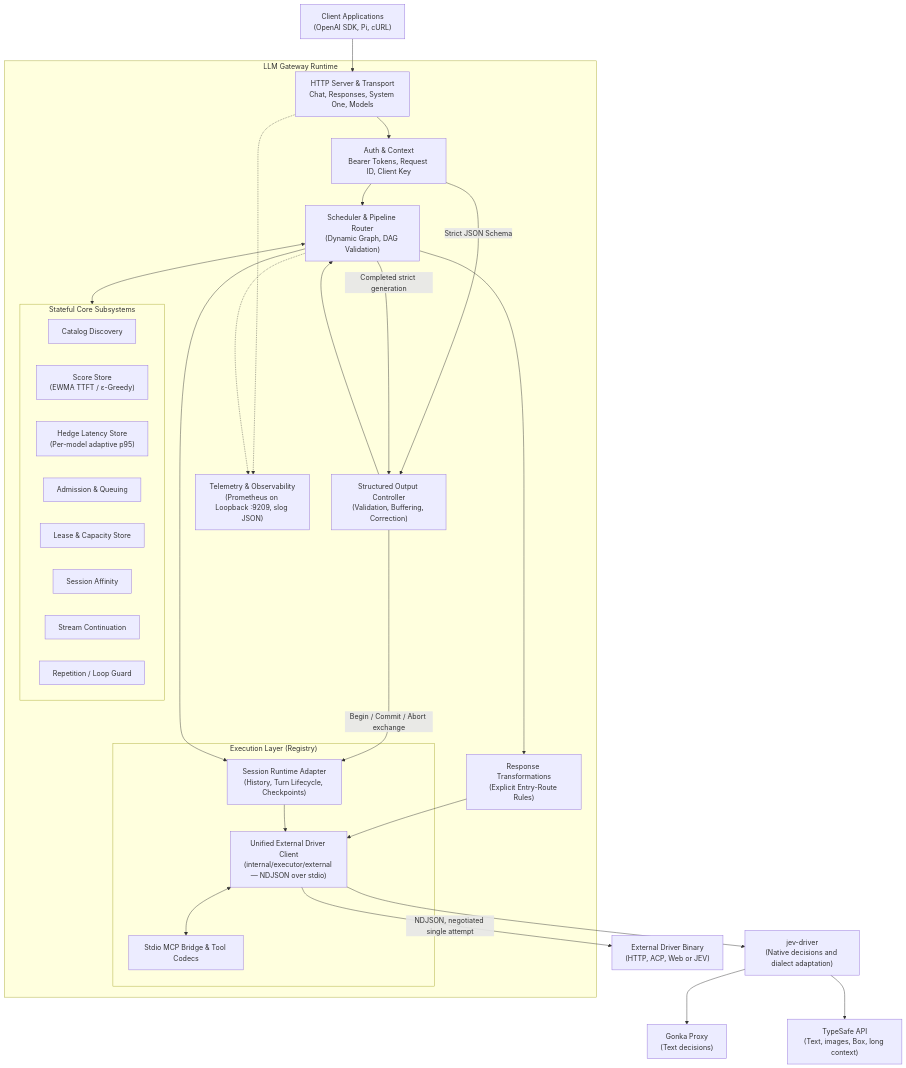
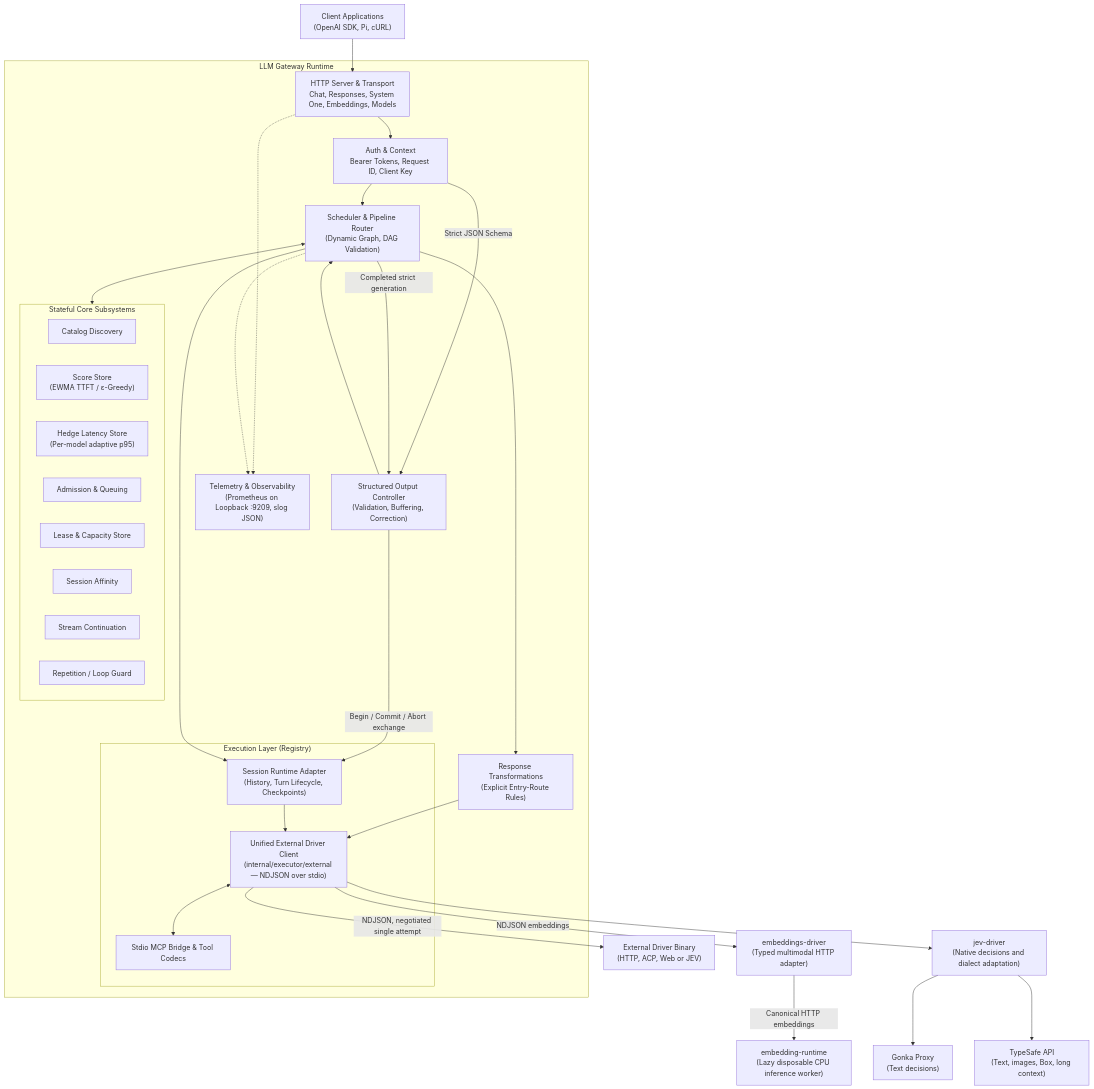
Before and after one commit to mytecor/llm-gateway: the first of 4 diagrams in ARCHITECTURE.md, drawn with Mermaid. The commit also changed other lines of this file and 23 other files, not shown here.

Commit message:
Add multimodal embeddings APIs and isolated runtime driver

````diff
--- a/ARCHITECTURE.md
+++ b/ARCHITECTURE.md
@@ -11,59 +11,63 @@
 ```mermaid
 flowchart TD
     Client["Client Applications<br/>(OpenAI SDK, Pi, cURL)"]
     
     subgraph Gateway["LLM Gateway Runtime"]
-        Server["HTTP Server & Transport<br/>Chat, Responses, System One, Models"]
+        Server["HTTP Server & Transport<br/>Chat, Responses, System One, Embeddings, Models"]
         Auth["Auth & Context<br/>Bearer Tokens, Request ID, Client Key"]
         
         Structured["Structured Output Controller<br/>(Validation, Buffering, Correction)"]
         Transform["Response Transformations<br/>(Explicit Entry-Route Rules)"]
         Scheduler["Scheduler & Pipeline Router<br/>(Dynamic Graph, DAG Validation)"]
         
         subgraph Subsystems["Stateful Core Subsystems"]
             Catalog["Catalog Discovery"]
             ScoreStore["Score Store<br/>(EWMA TTFT / ε-Greedy)"]
             HedgeLatency["Hedge Latency Store<br/>(Per-model adaptive p95)"]
             Admission["Admission & Queuing"]
             Lease["Lease & Capacity Store"]
             Affinity["Session Affinity"]
             Continue["Stream Continuation"]
             Repetition["Repetition / Loop Guard"]
         end
 
         subgraph Executors["Execution Layer (Registry)"]
             SessionExec["Session Runtime Adapter<br/>(History, Turn Lifecycle, Checkpoints)"]
             ExternalDriver["Unified External Driver Client<br/>(internal/executor/external — NDJSON over stdio)"]
             MCPSystem["Stdio MCP Bridge & Tool Codecs"]
         end
         
         Telemetry["Telemetry & Observability<br/>(Prometheus on Loopback :9209, slog JSON)"]
     end
 
     Driver["External Driver Binary<br/>(HTTP, ACP, Web or JEV)"]
+    EmbeddingsDriver["embeddings-driver<br/>(Typed multimodal HTTP adapter)"]
+    EmbeddingRuntime["embedding-runtime<br/>(Lazy disposable CPU inference worker)"]
     JevDriver["jev-driver<br/>(Native decisions and dialect adaptation)"]
     GonkaJev["Gonka Proxy<br/>(Text decisions)"]
     TypeSafe["TypeSafe API<br/>(Text, images, Box, long context)"]
 
     Client --> Server
     Server --> Auth
     Auth --> Scheduler
     Auth -->|Strict JSON Schema| Structured
     Structured --> Scheduler
     Scheduler -->|Completed strict generation| Structured
     Structured -->|Begin / Commit / Abort exchange| SessionExec
     Scheduler <--> Subsystems
     Scheduler --> Transform
     Transform --> ExternalDriver
     Scheduler --> SessionExec
     
     SessionExec --> ExternalDriver
     ExternalDriver <--> MCPSystem
     ExternalDriver -->|NDJSON, negotiated single attempt| Driver
+    ExternalDriver -->|NDJSON embeddings| EmbeddingsDriver
+    EmbeddingsDriver -->|Canonical HTTP embeddings| EmbeddingRuntime
     ExternalDriver --> JevDriver
     JevDriver --> GonkaJev
     JevDriver --> TypeSafe
     
     Server -.-> Telemetry
     Scheduler -.-> Telemetry
 ```
````
